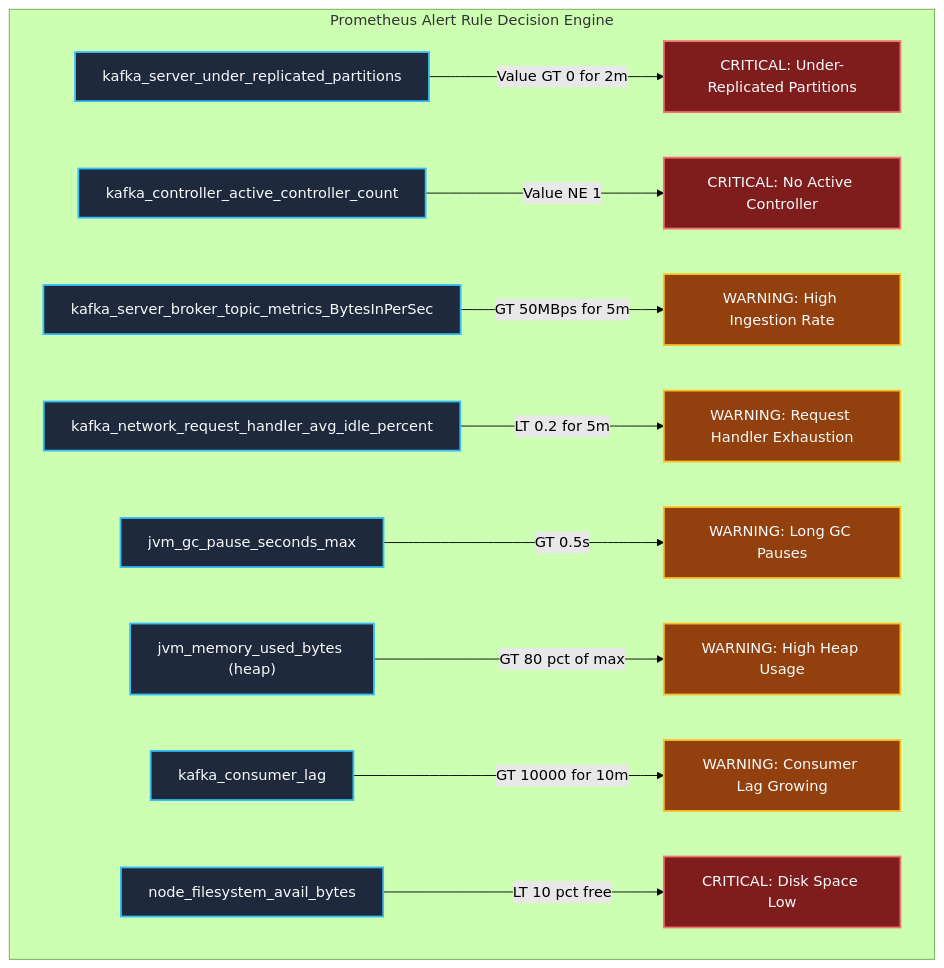
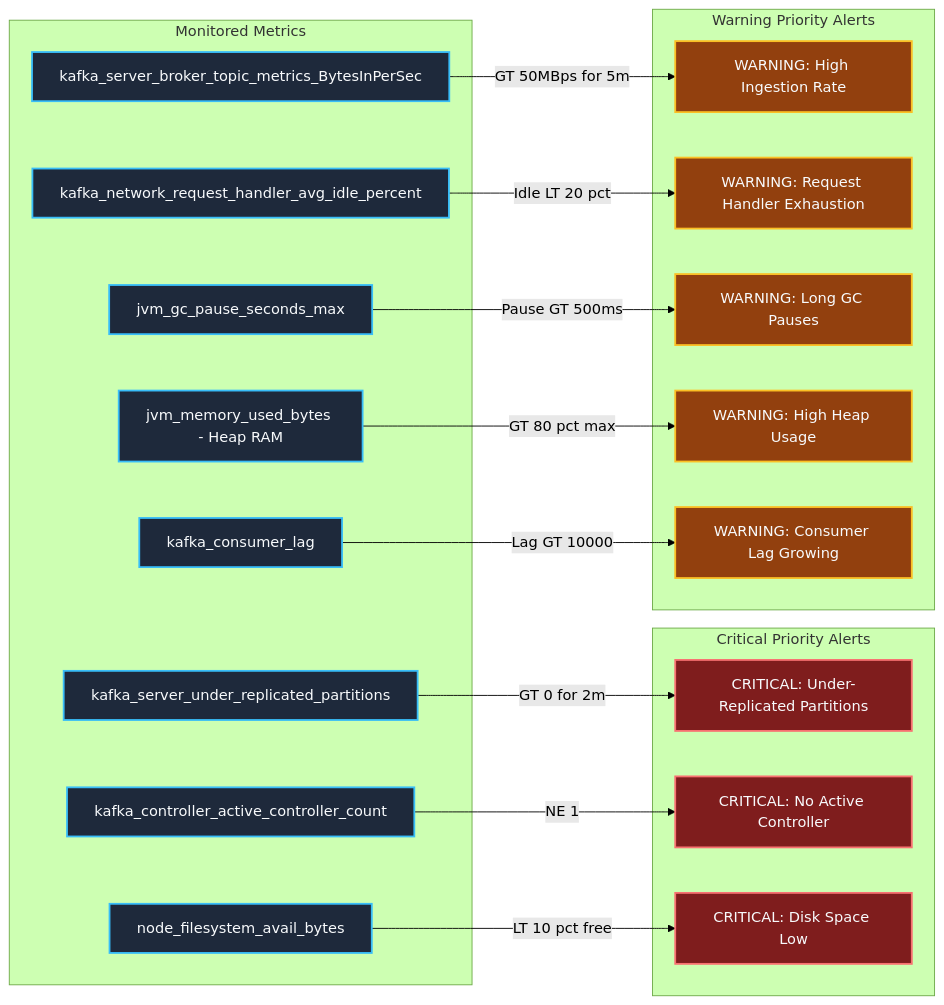
Before and after one commit to Chief-Strategist-J/llm-obs-infra: diagram 28 of 48 in docs/configDoc/kafka-configuration-guide.md, drawn with Mermaid (forest theme). The commit also changed other lines of this file, not shown here.

Commit message:
fix(docs): fix diagrams 13.3 and 14.2 layout and parsing errors

````diff
--- a/docs/configDoc/kafka-configuration-guide.md
+++ b/docs/configDoc/kafka-configuration-guide.md
@@ -2166,30 +2166,56 @@
 ```mermaid
-graph TB
-    subgraph AlertDecisionEngine ["Prometheus Alert Rule Decision Engine"]
-        URP["kafka_server_under_replicated_partitions"] -->|Value GT 0 for 2m| URPAlert["CRITICAL: Under-Replicated Partitions"]
-        ActiveCtrl["kafka_controller_active_controller_count"] -->|Value NE 1| CtrlAlert["CRITICAL: No Active Controller"]
-        BytesIn["kafka_server_broker_topic_metrics_BytesInPerSec"] -->|GT 50MBps for 5m| ThroughputAlert["WARNING: High Ingestion Rate"]
-        ReqIdle["kafka_network_request_handler_avg_idle_percent"] -->|LT 0.2 for 5m| ThreadAlert["WARNING: Request Handler Exhaustion"]
-        GCPause["jvm_gc_pause_seconds_max"] -->|GT 0.5s| GCAlert["WARNING: Long GC Pauses"]
-        HeapUsed["jvm_memory_used_bytes (heap)"] -->|GT 80 pct of max| HeapAlert["WARNING: High Heap Usage"]
-        ConsumerLag["kafka_consumer_lag"] -->|GT 10000 for 10m| LagAlert["WARNING: Consumer Lag Growing"]
-        DiskUsage["node_filesystem_avail_bytes"] -->|LT 10 pct free| DiskAlert["CRITICAL: Disk Space Low"]
+graph LR
+    subgraph MetricSource ["Monitored Metrics"]
+        URP["kafka_server_under_replicated_partitions"]
+        ActiveCtrl["kafka_controller_active_controller_count"]
+        DiskUsage["node_filesystem_avail_bytes"]
+        BytesIn["kafka_server_broker_topic_metrics_BytesInPerSec"]
+        ReqIdle["kafka_network_request_handler_avg_idle_percent"]
+        GCPause["jvm_gc_pause_seconds_max"]
+        HeapUsed["jvm_memory_used_bytes - Heap RAM"]
+        ConsumerLag["kafka_consumer_lag"]
     end
 
+    subgraph CriticalAlerts ["Critical Priority Alerts"]
+        URPAlert["CRITICAL: Under-Replicated Partitions"]
+        CtrlAlert["CRITICAL: No Active Controller"]
+        DiskAlert["CRITICAL: Disk Space Low"]
+    end
+
+    subgraph WarningAlerts ["Warning Priority Alerts"]
+        ThroughputAlert["WARNING: High Ingestion Rate"]
+        ThreadAlert["WARNING: Request Handler Exhaustion"]
+        GCAlert["WARNING: Long GC Pauses"]
+        HeapAlert["WARNING: High Heap Usage"]
+        LagAlert["WARNING: Consumer Lag Growing"]
+    end
+
+    URP -->|GT 0 for 2m| URPAlert
+    ActiveCtrl -->|NE 1| CtrlAlert
+    DiskUsage -->|LT 10 pct free| DiskAlert
+
+    BytesIn -->|GT 50MBps for 5m| ThroughputAlert
+    ReqIdle -->|Idle LT 20 pct| ThreadAlert
+    GCPause -->|Pause GT 500ms| GCAlert
+    HeapUsed -->|GT 80 pct max| HeapAlert
+    ConsumerLag -->|Lag GT 10000| LagAlert
+
     style URP fill:#1e293b,stroke:#38bdf8,stroke-width:2px,color:#f8fafc
+    style ActiveCtrl fill:#1e293b,stroke:#38bdf8,stroke-width:2px,color:#f8fafc
+    style DiskUsage fill:#1e293b,stroke:#38bdf8,stroke-width:2px,color:#f8fafc
+    style BytesIn fill:#1e293b,stroke:#38bdf8,stroke-width:2px,color:#f8fafc
+    style ReqIdle fill:#1e293b,stroke:#38bdf8,stroke-width:2px,color:#f8fafc
+    style GCPause fill:#1e293b,stroke:#38bdf8,stroke-width:2px,color:#f8fafc
+    style HeapUsed fill:#1e293b,stroke:#38bdf8,stroke-width:2px,color:#f8fafc
+    style ConsumerLag fill:#1e293b,stroke:#38bdf8,stroke-width:2px,color:#f8fafc
+
     style URPAlert fill:#7f1d1d,stroke:#f87171,stroke-width:2px,color:#f8fafc
-    style ActiveCtrl fill:#1e293b,stroke:#38bdf8,stroke-width:2px,color:#f8fafc
     style CtrlAlert fill:#7f1d1d,stroke:#f87171,stroke-width:2px,color:#f8fafc
-    style BytesIn fill:#1e293b,stroke:#38bdf8,stroke-width:2px,color:#f8fafc
+    style DiskAlert fill:#7f1d1d,stroke:#f87171,stroke-width:2px,color:#f8fafc
+
     style ThroughputAlert fill:#92400e,stroke:#fbbf24,stroke-width:2px,color:#f8fafc
-    style ReqIdle fill:#1e293b,stroke:#38bdf8,stroke-width:2px,color:#f8fafc
     style ThreadAlert fill:#92400e,stroke:#fbbf24,stroke-width:2px,color:#f8fafc
-    style GCPause fill:#1e293b,stroke:#38bdf8,stroke-width:2px,color:#f8fafc
     style GCAlert fill:#92400e,stroke:#fbbf24,stroke-width:2px,color:#f8fafc
-    style HeapUsed fill:#1e293b,stroke:#38bdf8,stroke-width:2px,color:#f8fafc
     style HeapAlert fill:#92400e,stroke:#fbbf24,stroke-width:2px,color:#f8fafc
-    style ConsumerLag fill:#1e293b,stroke:#38bdf8,stroke-width:2px,color:#f8fafc
     style LagAlert fill:#92400e,stroke:#fbbf24,stroke-width:2px,color:#f8fafc
-    style DiskUsage fill:#1e293b,stroke:#38bdf8,stroke-width:2px,color:#f8fafc
-    style DiskAlert fill:#7f1d1d,stroke:#f87171,stroke-width:2px,color:#f8fafc
 ```
````
